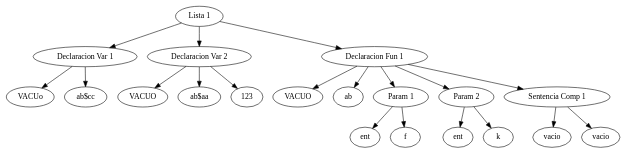
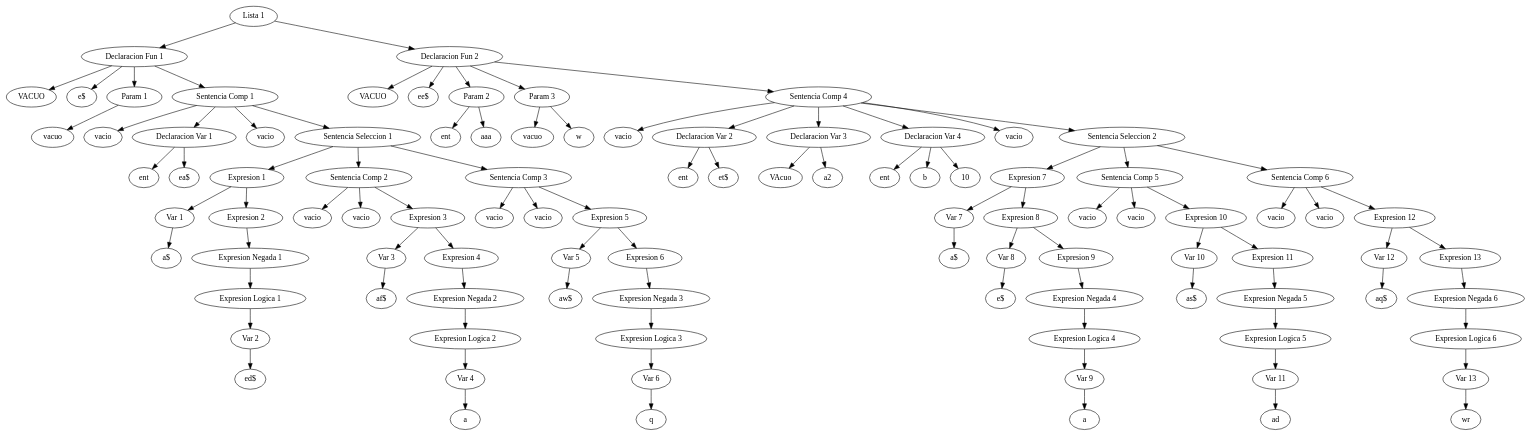
One commit to lancal/TallerCompiladores2018 changed the diagram in tree.dot. Above: the diagram before and after it, drawn with Graphviz. The commit also changed 9 other files, not shown here.

```diff
--- a/tree.dot
+++ b/tree.dot
@@ -1,34 +1,143 @@
 digraph G {
-	"Lista 1" -> "Declaracion Var 1"
-	1 [label="VACUo"]
-	"Declaracion Var 1" -> 1
-	2 [label="ab$cc"]
-	"Declaracion Var 1" -> 2
-	"Lista 1" -> "Declaracion Var 2"
-	3 [label="VACUO"]
-	"Declaracion Var 2" -> 3
-	4 [label="ab$aa"]
-	"Declaracion Var 2" -> 4
-	5 [label="123"]
-	"Declaracion Var 2" -> 5
 	"Lista 1" -> "Declaracion Fun 1"
-	6 [label="VACUO"]
-	"Declaracion Fun 1" -> 6
-	7 [label="ab"]
-	"Declaracion Fun 1" -> 7
+	1 [label="VACUO"]
+	"Declaracion Fun 1" -> 1
+	2 [label="e$"]
+	"Declaracion Fun 1" -> 2
 	"Declaracion Fun 1" -> "Param 1"
-	8 [label="ent"]
-	"Param 1" -> 8
-	9 [label="f"]
-	"Param 1" -> 9
-	"Declaracion Fun 1" -> "Param 2"
-	10 [label="ent"]
-	"Param 2" -> 10
-	11 [label="k"]
-	"Param 2" -> 11
+	3 [label="vacuo"]
+	"Param 1" -> 3
 	"Declaracion Fun 1" -> "Sentencia Comp 1"
-	12 [label="vacio"]
-	"Sentencia Comp 1" -> 12
-	13 [label="vacio"]
-	"Sentencia Comp 1" -> 13
+	4 [label="vacio"]
+	"Sentencia Comp 1" -> 4
+	"Sentencia Comp 1" -> "Declaracion Var 1"
+	5 [label="ent"]
+	"Declaracion Var 1" -> 5
+	6 [label="ea$"]
+	"Declaracion Var 1" -> 6
+	7 [label="vacio"]
+	"Sentencia Comp 1" -> 7
+	"Sentencia Comp 1" -> "Sentencia Seleccion 1"
+	"Sentencia Seleccion 1" -> "Expresion 1"
+	"Expresion 1" -> "Var 1"
+	8 [label="a$"]
+	"Var 1" -> 8
+	"Expresion 1" -> "Expresion 2"
+	"Expresion 2" -> "Expresion Negada 1"
+	"Expresion Negada 1" -> "Expresion Logica 1"
+	"Expresion Logica 1" -> "Var 2"
+	9 [label="ed$"]
+	"Var 2" -> 9
+	"Sentencia Seleccion 1" -> "Sentencia Comp 2"
+	10 [label="vacio"]
+	"Sentencia Comp 2" -> 10
+	11 [label="vacio"]
+	"Sentencia Comp 2" -> 11
+	"Sentencia Comp 2" -> "Expresion 3"
+	"Expresion 3" -> "Var 3"
+	12 [label="af$"]
+	"Var 3" -> 12
+	"Expresion 3" -> "Expresion 4"
+	"Expresion 4" -> "Expresion Negada 2"
+	"Expresion Negada 2" -> "Expresion Logica 2"
+	"Expresion Logica 2" -> "Var 4"
+	13 [label="a"]
+	"Var 4" -> 13
+	"Sentencia Seleccion 1" -> "Sentencia Comp 3"
+	14 [label="vacio"]
+	"Sentencia Comp 3" -> 14
+	15 [label="vacio"]
+	"Sentencia Comp 3" -> 15
+	"Sentencia Comp 3" -> "Expresion 5"
+	"Expresion 5" -> "Var 5"
+	16 [label="aw$"]
+	"Var 5" -> 16
+	"Expresion 5" -> "Expresion 6"
+	"Expresion 6" -> "Expresion Negada 3"
+	"Expresion Negada 3" -> "Expresion Logica 3"
+	"Expresion Logica 3" -> "Var 6"
+	17 [label="q"]
+	"Var 6" -> 17
+	"Lista 1" -> "Declaracion Fun 2"
+	18 [label="VACUO"]
+	"Declaracion Fun 2" -> 18
+	19 [label="ee$"]
+	"Declaracion Fun 2" -> 19
+	"Declaracion Fun 2" -> "Param 2"
+	20 [label="ent"]
+	"Param 2" -> 20
+	21 [label="aaa"]
+	"Param 2" -> 21
+	"Declaracion Fun 2" -> "Param 3"
+	22 [label="vacuo"]
+	"Param 3" -> 22
+	23 [label="w"]
+	"Param 3" -> 23
+	"Declaracion Fun 2" -> "Sentencia Comp 4"
+	24 [label="vacio"]
+	"Sentencia Comp 4" -> 24
+	"Sentencia Comp 4" -> "Declaracion Var 2"
+	25 [label="ent"]
+	"Declaracion Var 2" -> 25
+	26 [label="et$"]
+	"Declaracion Var 2" -> 26
+	"Sentencia Comp 4" -> "Declaracion Var 3"
+	27 [label="VAcuo"]
+	"Declaracion Var 3" -> 27
+	28 [label="a2"]
+	"Declaracion Var 3" -> 28
+	"Sentencia Comp 4" -> "Declaracion Var 4"
+	29 [label="ent"]
+	"Declaracion Var 4" -> 29
+	30 [label="b"]
+	"Declaracion Var 4" -> 30
+	31 [label="10"]
+	"Declaracion Var 4" -> 31
+	32 [label="vacio"]
+	"Sentencia Comp 4" -> 32
+	"Sentencia Comp 4" -> "Sentencia Seleccion 2"
+	"Sentencia Seleccion 2" -> "Expresion 7"
+	"Expresion 7" -> "Var 7"
+	33 [label="a$"]
+	"Var 7" -> 33
+	"Expresion 7" -> "Expresion 8"
+	"Expresion 8" -> "Var 8"
+	34 [label="e$"]
+	"Var 8" -> 34
+	"Expresion 8" -> "Expresion 9"
+	"Expresion 9" -> "Expresion Negada 4"
+	"Expresion Negada 4" -> "Expresion Logica 4"
+	"Expresion Logica 4" -> "Var 9"
+	35 [label="a"]
+	"Var 9" -> 35
+	"Sentencia Seleccion 2" -> "Sentencia Comp 5"
+	36 [label="vacio"]
+	"Sentencia Comp 5" -> 36
+	37 [label="vacio"]
+	"Sentencia Comp 5" -> 37
+	"Sentencia Comp 5" -> "Expresion 10"
+	"Expresion 10" -> "Var 10"
+	38 [label="as$"]
+	"Var 10" -> 38
+	"Expresion 10" -> "Expresion 11"
+	"Expresion 11" -> "Expresion Negada 5"
+	"Expresion Negada 5" -> "Expresion Logica 5"
+	"Expresion Logica 5" -> "Var 11"
+	39 [label="ad"]
+	"Var 11" -> 39
+	"Sentencia Seleccion 2" -> "Sentencia Comp 6"
+	40 [label="vacio"]
+	"Sentencia Comp 6" -> 40
+	41 [label="vacio"]
+	"Sentencia Comp 6" -> 41
+	"Sentencia Comp 6" -> "Expresion 12"
+	"Expresion 12" -> "Var 12"
+	42 [label="aq$"]
+	"Var 12" -> 42
+	"Expresion 12" -> "Expresion 13"
+	"Expresion 13" -> "Expresion Negada 6"
+	"Expresion Negada 6" -> "Expresion Logica 6"
+	"Expresion Logica 6" -> "Var 13"
+	43 [label="wr"]
+	"Var 13" -> 43
 }
```
